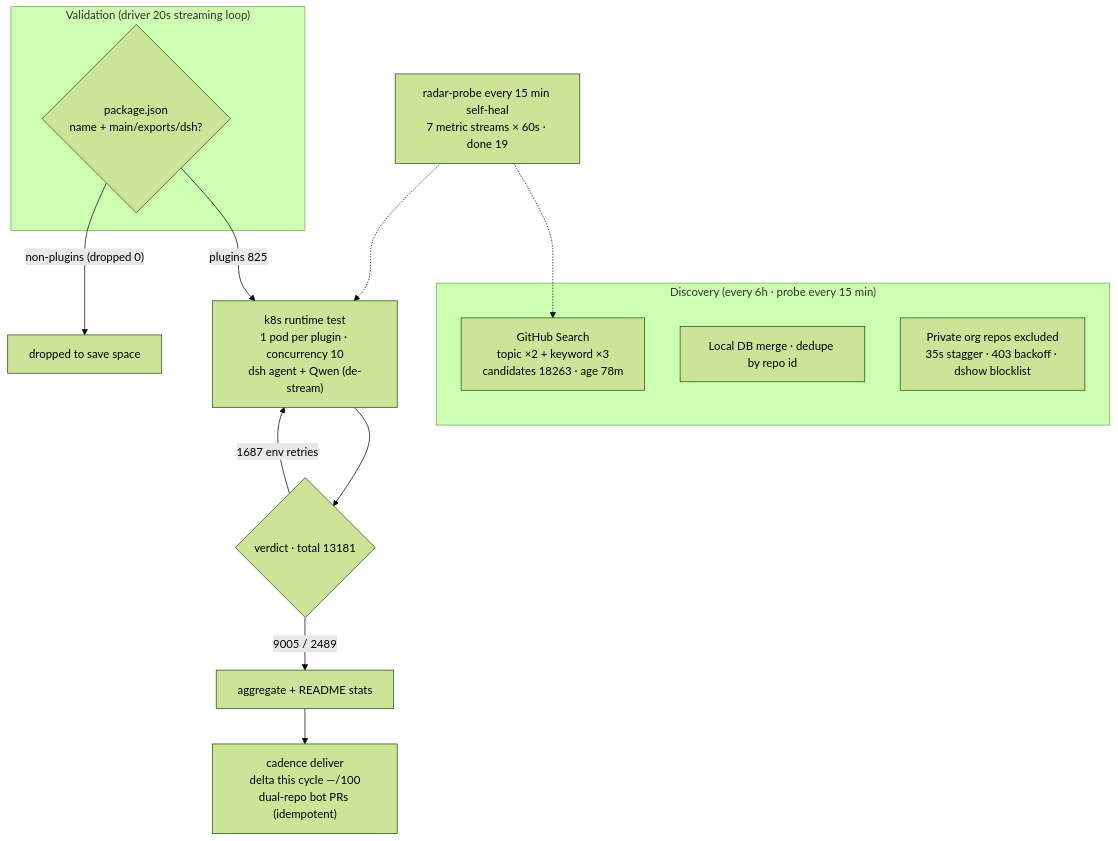
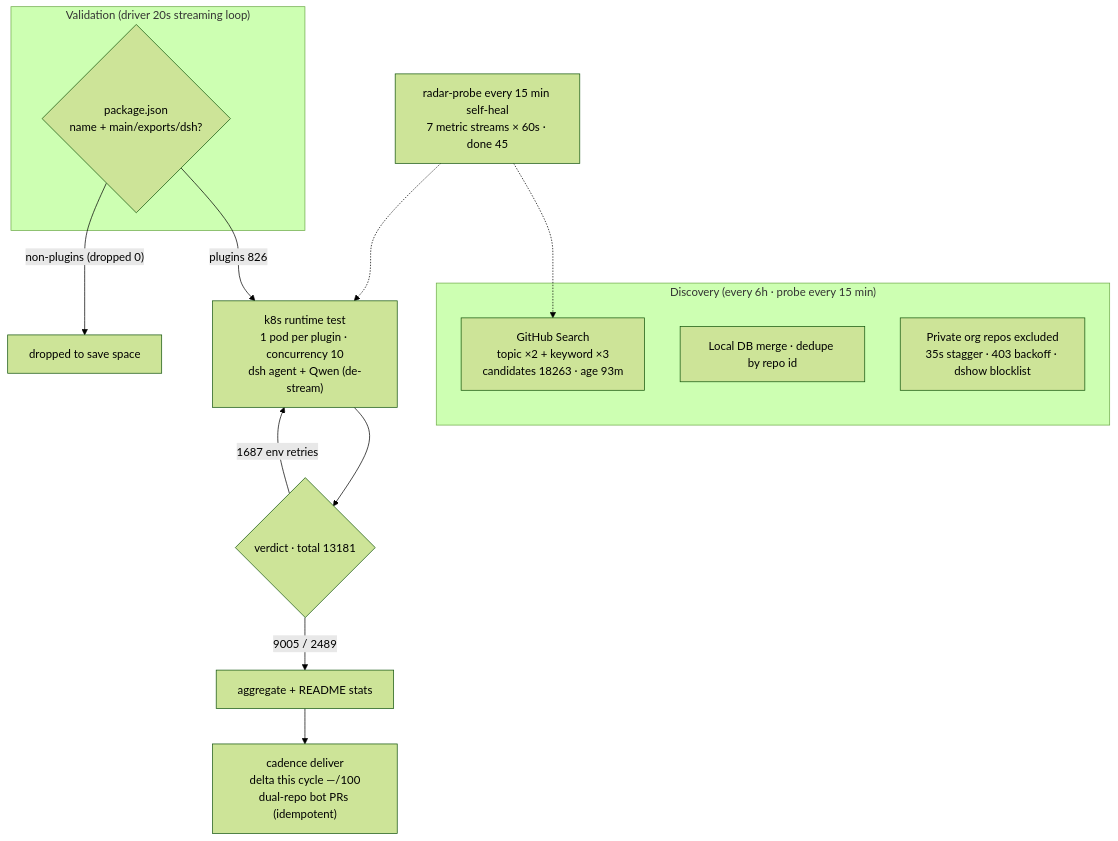
One commit to AdamPlatin123/awesome-dsh-plugins changed the diagram in README.en-US.md. Above: the diagram before and after it, drawn with Mermaid (forest theme). The commit also changed other lines of this file and 5 other files, not shown here.

````diff
--- a/README.en-US.md
+++ b/README.en-US.md
@@ -45,20 +45,20 @@
 ```mermaid
 flowchart TB
     subgraph Discovery["Discovery (every 6h · probe every 15 min)"]
-        A1["GitHub Search<br/>topic ×2 + keyword ×3<br/>candidates 18263 · age 78m"]
+        A1["GitHub Search<br/>topic ×2 + keyword ×3<br/>candidates 18263 · age 93m"]
         A2["Local DB merge · dedupe by repo id"]
         A3["Private org repos excluded<br/>35s stagger · 403 backoff · dshow blocklist"]
     end
     subgraph Validation["Validation (driver 20s streaming loop)"]
         B1{"package.json<br/>name + main/exports/dsh?"}
     end
-    B1 -->|"plugins 825"| C1["k8s runtime test<br/>1 pod per plugin · concurrency 10<br/>dsh agent + Qwen (de-stream)"]
+    B1 -->|"plugins 826"| C1["k8s runtime test<br/>1 pod per plugin · concurrency 10<br/>dsh agent + Qwen (de-stream)"]
     B1 -->|"non-plugins (dropped 0)"| B3["dropped to save space"]
     C1 --> D1{"verdict · total 13181"}
     D1 -->|"9005 / 2489"| E1["aggregate + README stats"]
     D1 -->|"1687 env retries"| C1
     E1 --> E2["cadence deliver<br/>delta this cycle —/100<br/>dual-repo bot PRs (idempotent)"]
-    M["radar-probe every 15 min self-heal<br/>7 metric streams × 60s · done 19"]
+    M["radar-probe every 15 min self-heal<br/>7 metric streams × 60s · done 45"]
     M -.-> A1
     M -.-> C1
 ```
````
